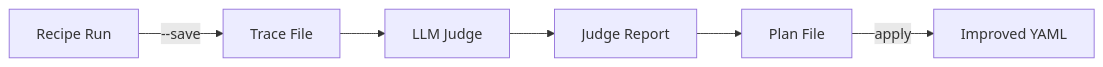
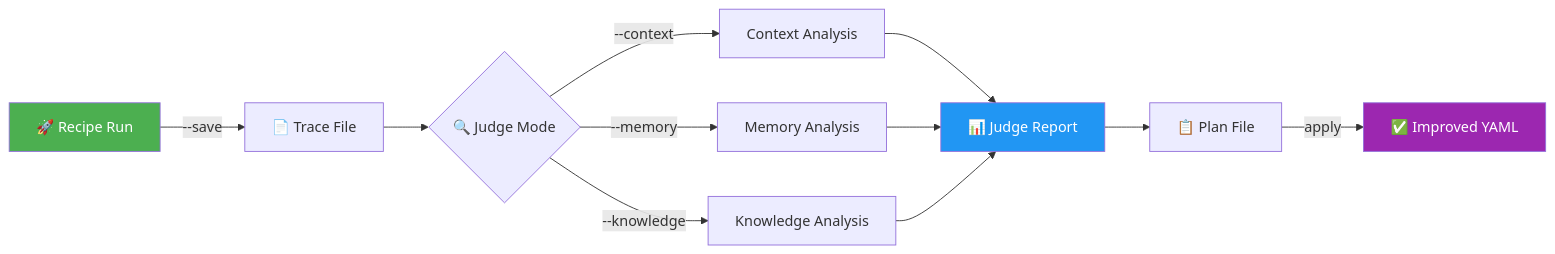
The first of 5 diagrams in features/llm-judge.mdx (MervinPraison/PraisonAIDocs), drawn with Mermaid before and after one commit. The commit also changed other lines of this file, not shown here.

Commit message:
Update LLM judge feature documentation

````diff
--- a/features/llm-judge.mdx
+++ b/features/llm-judge.mdx
@@ -11,8 +11,17 @@
 ```mermaid
 flowchart LR
-    A[Recipe Run] -->|--save| B[Trace File]
-    B --> C[LLM Judge]
-    C --> D[Judge Report]
-    D --> E[Plan File]
-    E -->|apply| F[Improved YAML]
+    A[🚀 Recipe Run] -->|--save| B[📄 Trace File]
+    B --> C{🔍 Judge Mode}
+    C -->|--context| D[Context Analysis]
+    C -->|--memory| E[Memory Analysis]
+    C -->|--knowledge| F[Knowledge Analysis]
+    D --> G[📊 Judge Report]
+    E --> G
+    F --> G
+    G --> H[📋 Plan File]
+    H -->|apply| I[✅ Improved YAML]
+    
+    style A fill:#4CAF50,color:#fff
+    style G fill:#2196F3,color:#fff
+    style I fill:#9C27B0,color:#fff
 ```
````
